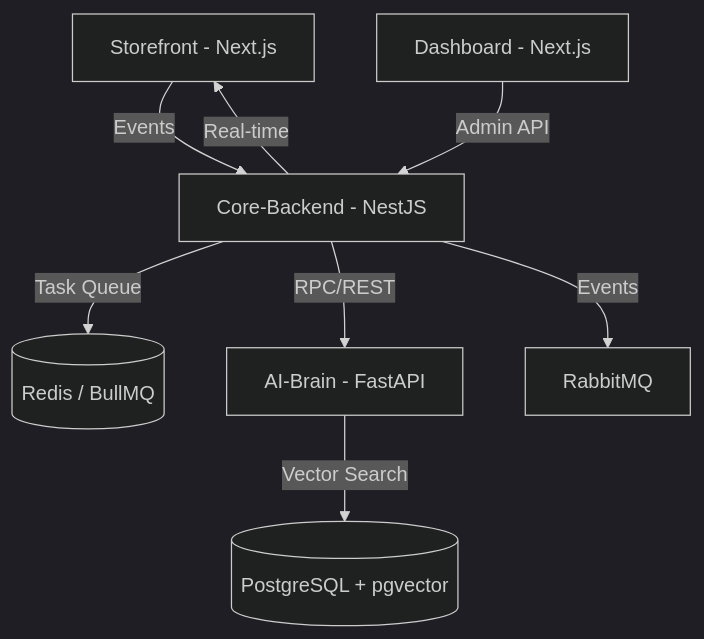
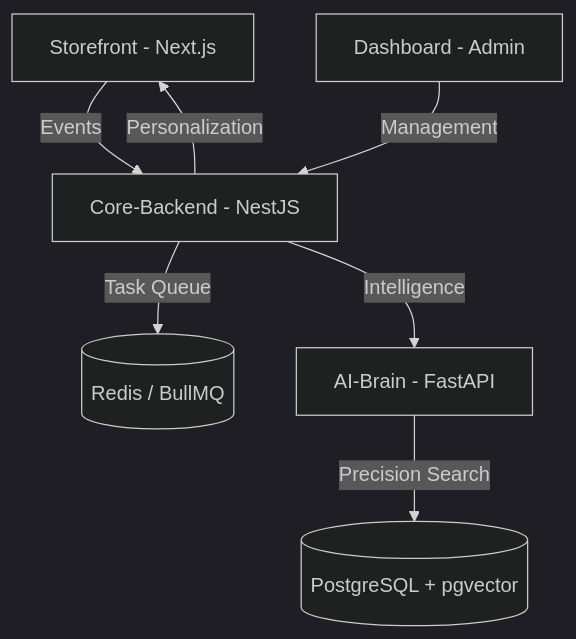
Before and after one commit to HoangThanh8003/Behavioral-Commerce-Intelligence: the diagram in README.md, drawn with Mermaid (dark theme). The commit also changed other lines of this file and 46 other files, not shown here.

````diff
--- a/README.md
+++ b/README.md
@@ -38,10 +36,9 @@
 ```mermaid
 graph TD
     A[Storefront - Next.js] -->|Events| B[Core-Backend - NestJS]
-    C[Dashboard - Next.js] -->|Admin API| B
+    C[Dashboard - Admin] -->|Management| B
     B -->|Task Queue| D[(Redis / BullMQ)]
-    B -->|RPC/REST| E[AI-Brain - FastAPI]
-    E -->|Vector Search| F[(PostgreSQL + pgvector)]
-    B -->|Real-time| A
-    B -->|Events| G[RabbitMQ]
+    B -->|Intelligence| E[AI-Brain - FastAPI]
+    E -->|Precision Search| F[(PostgreSQL + pgvector)]
+    B -->|Personalization| A
 ```
````
